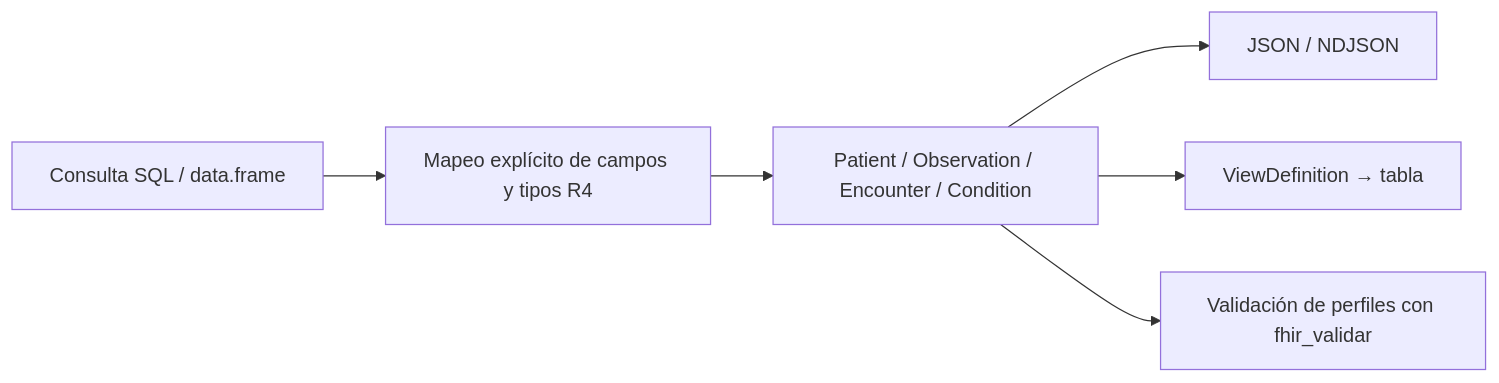
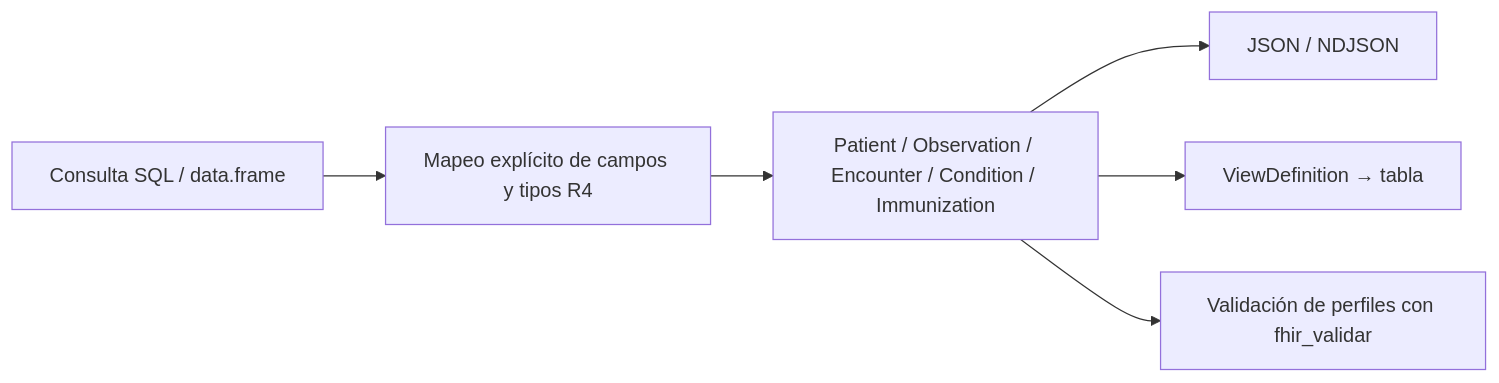
Before and after one commit to f-slg/fhirviews: the ninth of 10 diagrams in README.md, drawn with Mermaid. The commit also changed other lines of this file and 28 other files, not shown here.

````diff
--- a/README.md
+++ b/README.md
@@ -626,8 +626,8 @@
 ```mermaid
 flowchart LR
     DB["Consulta SQL / data.frame"] --> M["Mapeo explícito de campos y tipos R4"]
-    M --> R["Patient / Observation / Encounter / Condition"]
+    M --> R["Patient / Observation / Encounter / Condition / Immunization"]
     R --> J["JSON / NDJSON"]
     R --> V["ViewDefinition → tabla"]
     R --> C["Validación de perfiles con fhir_validar"]
 ```
````
